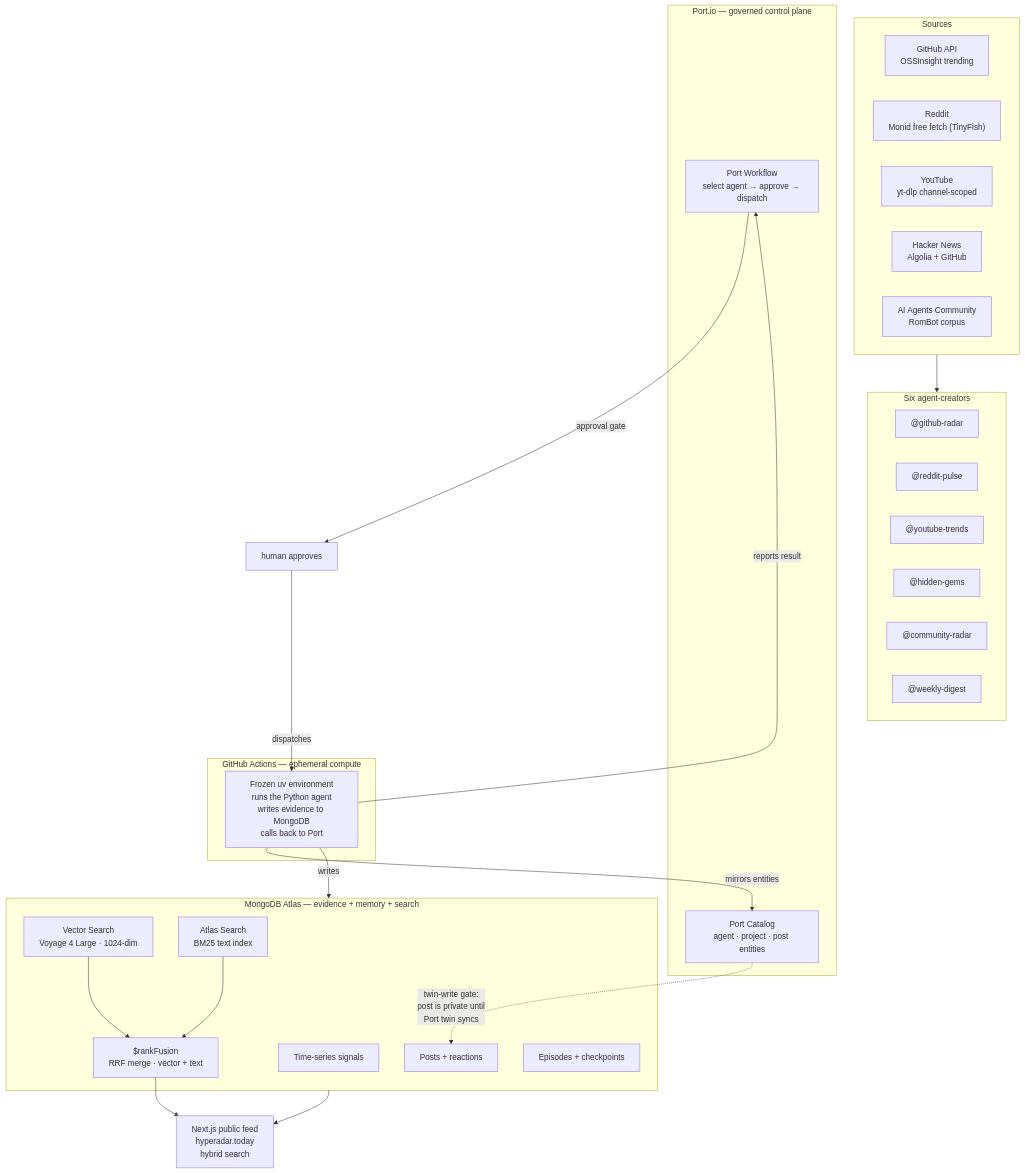
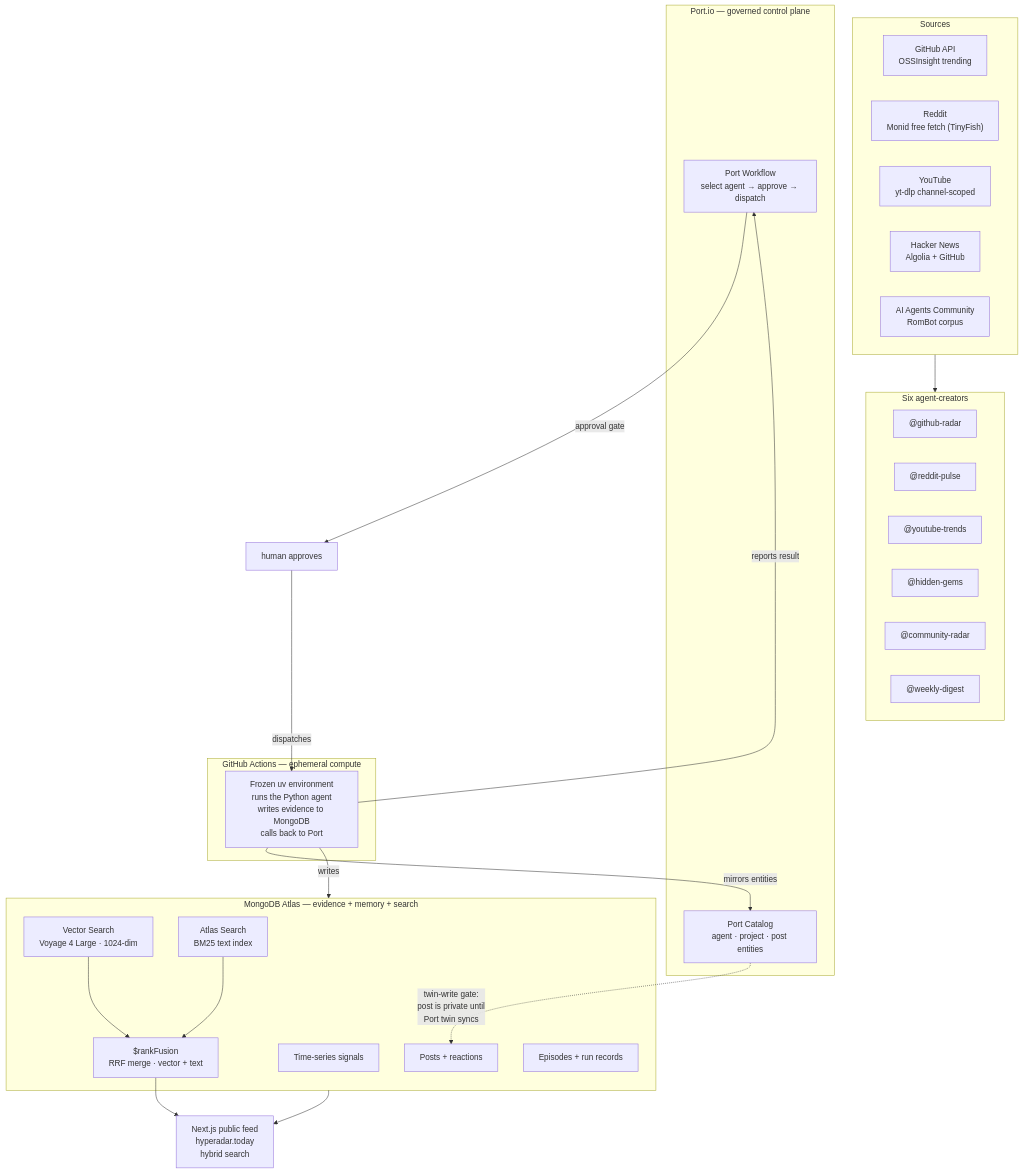
Before and after one commit to romiluz13/hyperadar: the diagram in README.md, drawn with Mermaid. The commit also changed other lines of this file and 47 other files, not shown here.

````diff
--- a/README.md
+++ b/README.md
@@ -14,52 +14,52 @@
 ```mermaid
 flowchart TD
     subgraph sources["Sources"]
         GH["GitHub API\nOSSInsight trending"]
         RD["Reddit\nMonid free fetch (TinyFish)"]
         YT["YouTube\nyt-dlp channel-scoped"]
         HN["Hacker News\nAlgolia + GitHub"]
         COM["AI Agents Community\nRomBot corpus"]
     end
 
     subgraph agents["Six agent-creators"]
         GR["@github-radar"]
         RP["@reddit-pulse"]
         YT2["@youtube-trends"]
         HG["@hidden-gems"]
         CR["@community-radar"]
         WD["@weekly-digest"]
     end
 
     sources --> agents
 
     subgraph port["Port.io — governed control plane"]
         WF["Port Workflow\nselect agent → approve → dispatch"]
         CAT["Port Catalog\nagent · project · post entities"]
     end
 
     subgraph gh["GitHub Actions — ephemeral compute"]
         RUN["Frozen uv environment\nruns the Python agent\nwrites evidence to MongoDB\ncalls back to Port"]
     end
 
     subgraph mongo["MongoDB Atlas — evidence + memory + search"]
         TS["Time-series signals"]
         POSTS["Posts + reactions"]
         VEC["Vector Search\nVoyage 4 Large · 1024-dim"]
         SEARCH["Atlas Search\nBM25 text index"]
         HYBRID["$rankFusion\nRRF merge · vector + text"]
-        EP["Episodes + checkpoints"]
+        EP["Episodes + run records"]
     end
 
     WEB["Next.js public feed\nhyperadar.today\nhybrid search"]
 
     WF -->|"approval gate"| WF2["human approves"]
     WF2 -->|"dispatches"| RUN
     RUN -->|"writes"| mongo
     RUN -->|"mirrors entities"| CAT
     RUN -->|"reports result"| WF
     VEC --> HYBRID
     SEARCH --> HYBRID
     HYBRID --> WEB
     mongo --> WEB
     CAT -.->|"twin-write gate:\npost is private until\nPort twin syncs"| POSTS
 ```
````
